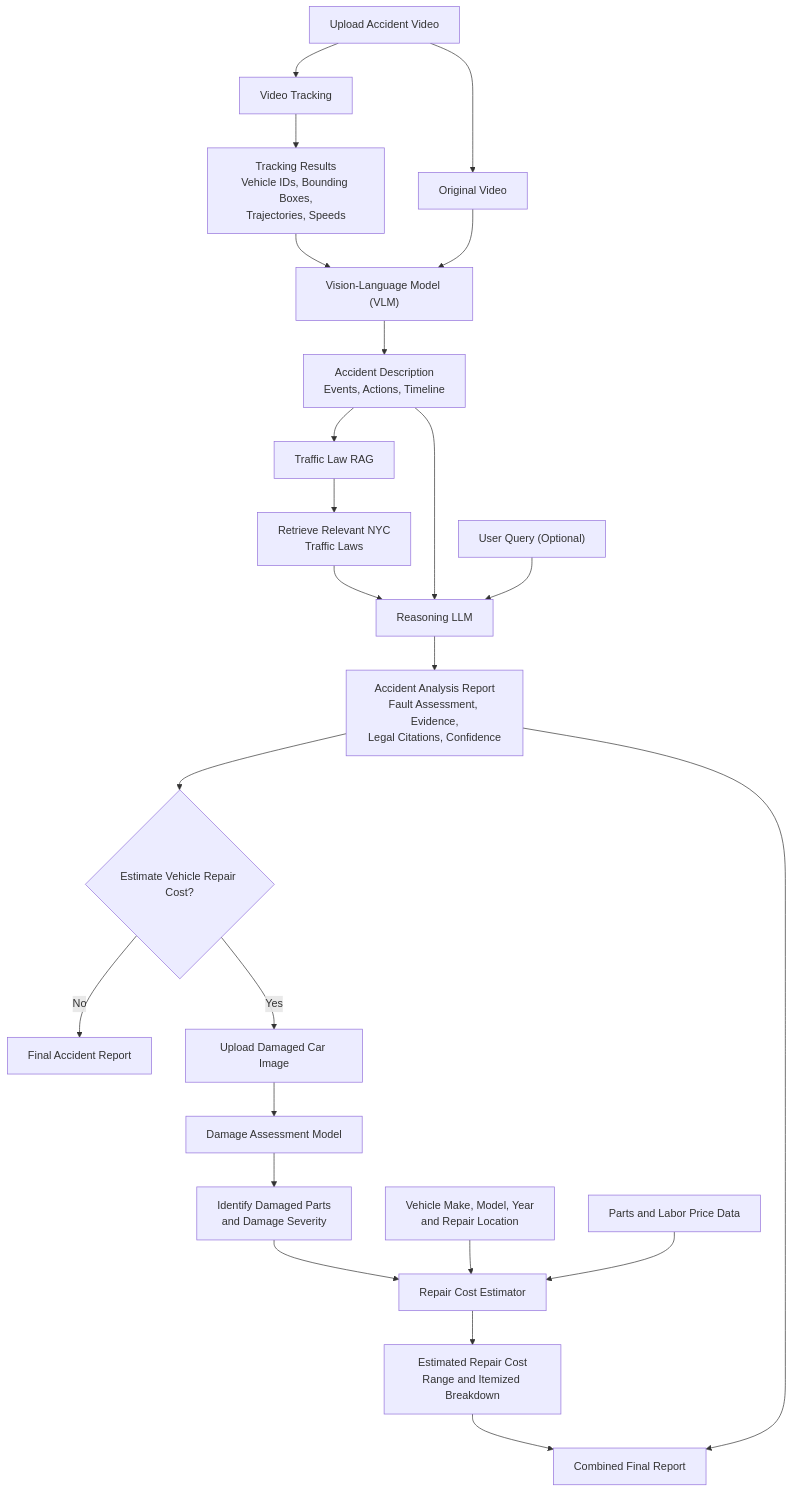
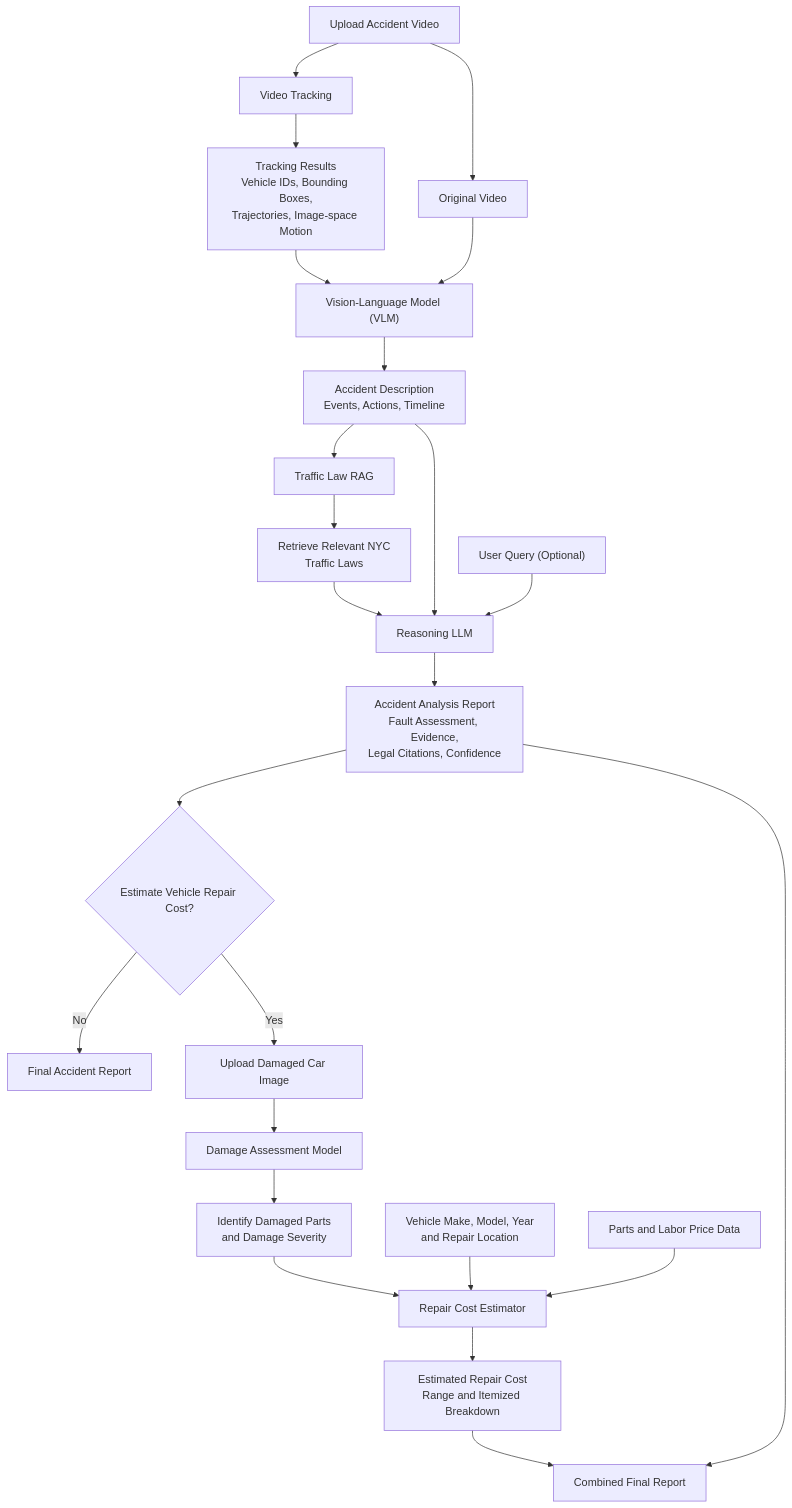
Before and after one commit to mahmoud-khaled23/Accident_Intel: the diagram in README.md, drawn with Mermaid. The commit also changed other lines of this file and 114 other files, not shown here.

````diff
--- a/README.md
+++ b/README.md
@@ -20,26 +20,26 @@
 ```mermaid
 flowchart TD
     A["Upload Accident Video"] --> B["Video Tracking"]
-    B --> C["Tracking Results<br/>Vehicle IDs, Bounding Boxes,<br/>Trajectories, Speeds"]
+    B --> C["Tracking Results<br/>Vehicle IDs, Bounding Boxes,<br/>Trajectories, Image-space Motion"]
     A --> D["Original Video"]
     C --> E["Vision-Language Model (VLM)"]
     D --> E
     E --> F["Accident Description<br/>Events, Actions, Timeline"]
     F --> G["Traffic Law RAG"]
     G --> H["Retrieve Relevant NYC<br/>Traffic Laws"]
     H --> I["Reasoning LLM"]
     F --> I
     J["User Query (Optional)"] --> I
     I --> K["Accident Analysis Report<br/>Fault Assessment, Evidence,<br/>Legal Citations, Confidence"]
     K --> L{"Estimate Vehicle Repair Cost?"}
     L -->|No| M["Final Accident Report"]
     L -->|Yes| N["Upload Damaged Car Image"]
     N --> O["Damage Assessment Model"]
     O --> P["Identify Damaged Parts<br/>and Damage Severity"]
     P --> Q["Repair Cost Estimator"]
     R["Vehicle Make, Model, Year<br/>and Repair Location"] --> Q
     S["Parts and Labor Price Data"] --> Q
     Q --> T["Estimated Repair Cost<br/>Range and Itemized Breakdown"]
     T --> U["Combined Final Report"]
     K --> U
 ```
````
